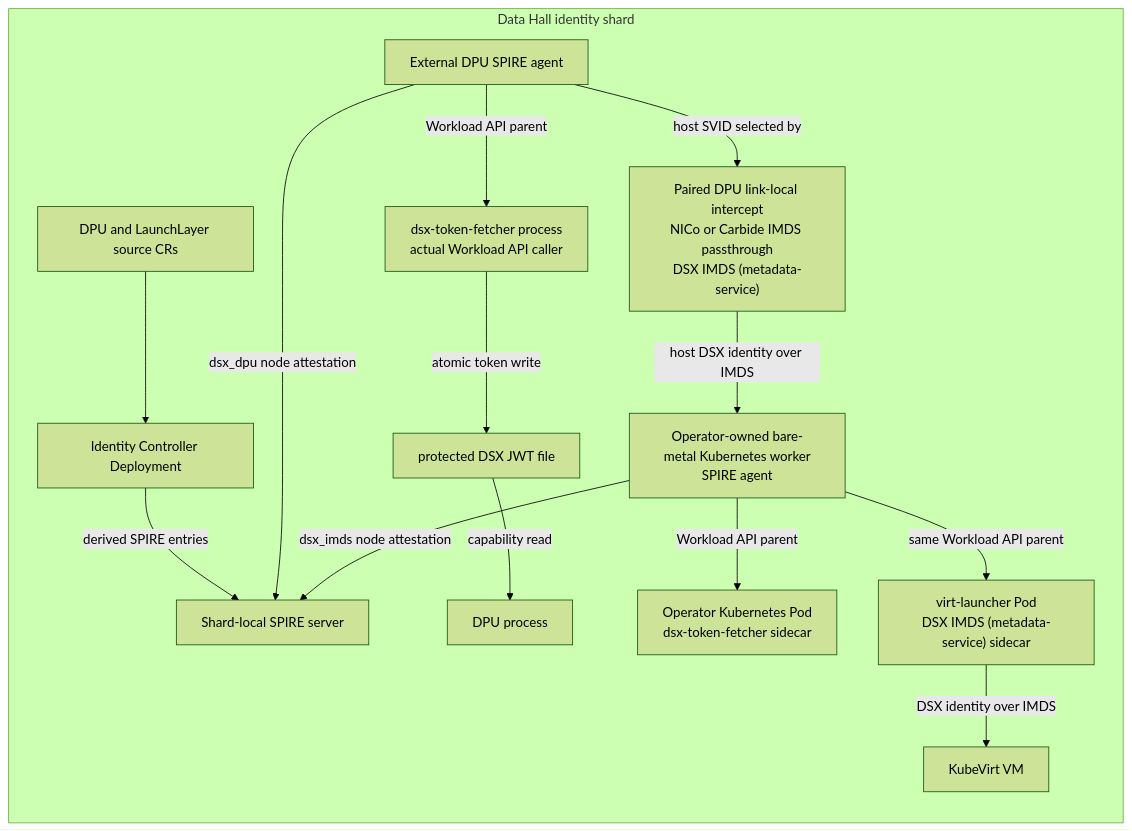
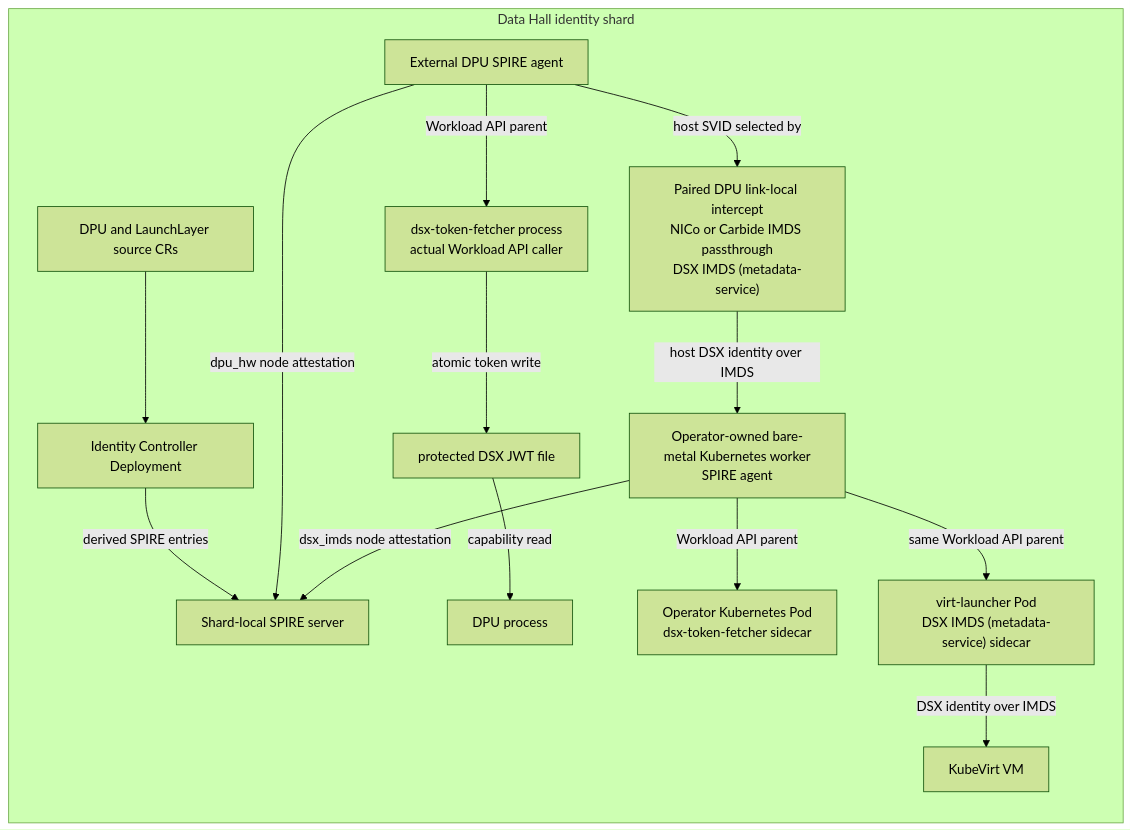
The first of 7 diagrams in README.md (dsx-ai-factory/nvidia-workload-identity), drawn with Mermaid (forest theme) before and after one commit. The commit also changed other lines of this file and 18 other files, not shown here.

````diff
--- a/README.md
+++ b/README.md
@@ -34,31 +34,31 @@
 ```mermaid
 flowchart TB
   subgraph Shard["Data Hall identity shard"]
     direction TB
     Sources["DPU and LaunchLayer source CRs"]
     Controller["Identity Controller Deployment"]
     SPIRE["Shard-local SPIRE server"]
     DPU["External DPU SPIRE agent"]
     DPUFetcher["dsx-token-fetcher process<br/>actual Workload API caller"]
     DPUProcess["DPU process"]
     DPUToken["protected DSX JWT file"]
     MDS["Paired DPU link-local intercept<br/>NICo or Carbide IMDS passthrough<br/>DSX IMDS (metadata-service)"]
     Host["Operator-owned bare-metal Kubernetes worker<br/>SPIRE agent"]
     Pod["Operator Kubernetes Pod<br/>dsx-token-fetcher sidecar"]
     VMHost["virt-launcher Pod<br/>DSX IMDS (metadata-service) sidecar"]
     VM["KubeVirt VM"]
 
     Sources --> Controller
     Controller -->|"derived SPIRE entries"| SPIRE
-    DPU -->|"dsx_dpu node attestation"| SPIRE
+    DPU -->|"dpu_hw node attestation"| SPIRE
     DPU -->|"Workload API parent"| DPUFetcher
     DPUFetcher -->|"atomic token write"| DPUToken
     DPUToken -->|"capability read"| DPUProcess
     DPU -->|"host SVID selected by"| MDS
     MDS -->|"host DSX identity over IMDS"| Host
     Host -->|"dsx_imds node attestation"| SPIRE
     Host -->|"Workload API parent"| Pod
     Host -->|"same Workload API parent"| VMHost
     VMHost -->|"DSX identity over IMDS"| VM
   end
 ```
````
